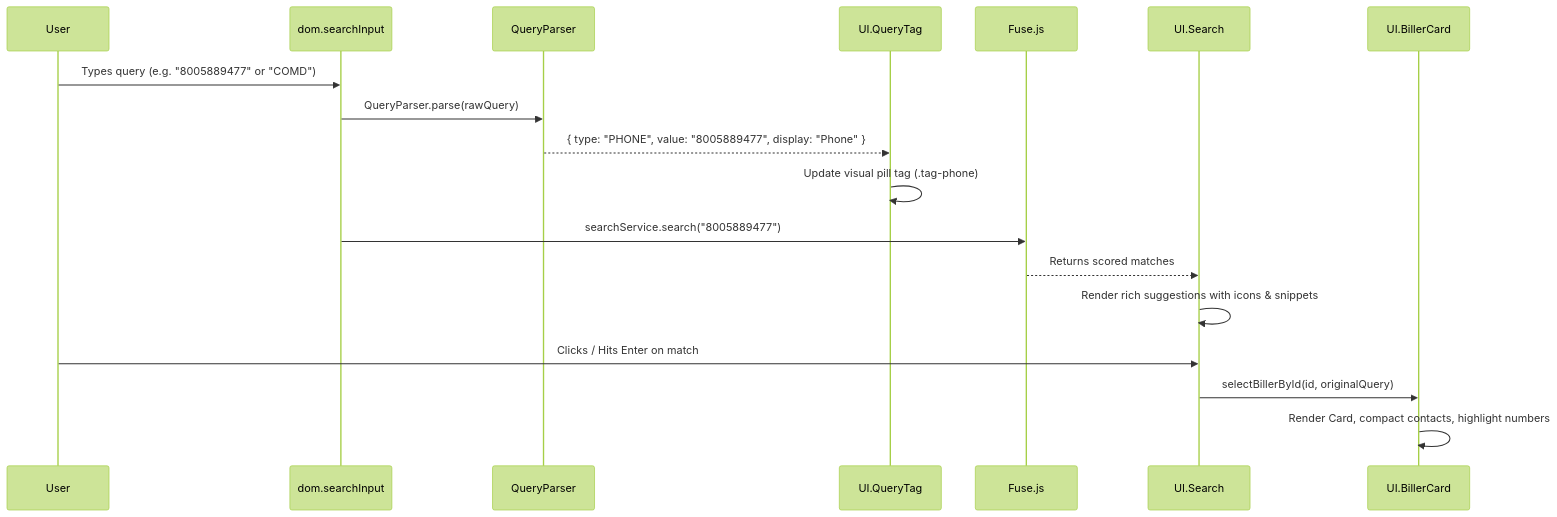
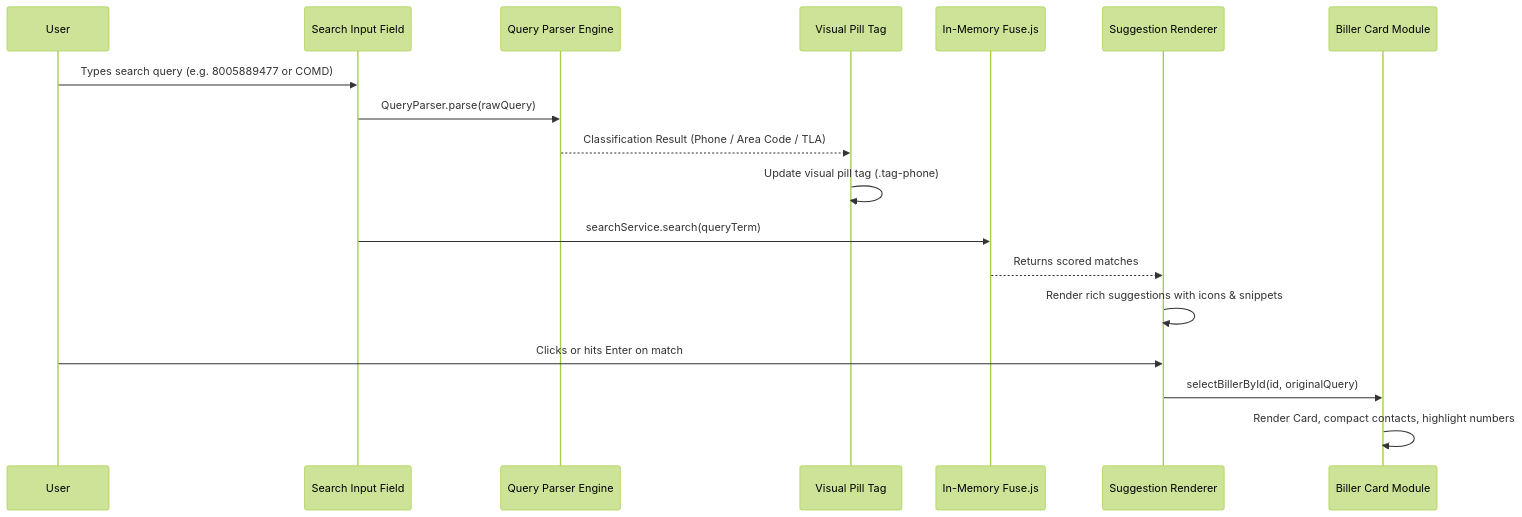
One commit to Harshil8136/chess-game1 changed the second of 2 diagrams in synced-docs/cf-admin/documentation/archive/DO NOT SCAN!/CODEBASE_REVIEW.md. Above: the diagram before and after it, drawn with Mermaid (forest theme). The commit also changed other lines of this file and 4 other files, not shown here.

````diff
--- a/synced-docs/cf-admin/documentation/archive/DO NOT SCAN!/CODEBASE_REVIEW.md
+++ b/synced-docs/cf-admin/documentation/archive/DO NOT SCAN!/CODEBASE_REVIEW.md
@@ -145,21 +145,21 @@
 ```mermaid
 sequenceDiagram
     participant User
-    participant SearchInput as dom.searchInput
-    participant QueryParser
-    participant QueryTag as UI.QueryTag
-    participant Fuse as Fuse.js
-    participant UI_Search as UI.Search
-    participant BillerCard as UI.BillerCard
+    participant SearchInput as Search Input Field
+    participant QueryParser as Query Parser Engine
+    participant QueryTag as Visual Pill Tag
+    participant Fuse as In-Memory Fuse.js
+    participant UI_Search as Suggestion Renderer
+    participant BillerCard as Biller Card Module
 
-    User->>SearchInput: Types query (e.g. "8005889477" or "COMD")
+    User->>SearchInput: Types search query (e.g. 8005889477 or COMD)
     SearchInput->>QueryParser: QueryParser.parse(rawQuery)
-    QueryParser-->>QueryTag: { type: "PHONE", value: "8005889477", display: "Phone" }
+    QueryParser-->>QueryTag: Classification Result (Phone / Area Code / TLA)
     QueryTag->>QueryTag: Update visual pill tag (.tag-phone)
-    SearchInput->>Fuse: searchService.search("8005889477")
+    SearchInput->>Fuse: searchService.search(queryTerm)
     Fuse-->>UI_Search: Returns scored matches
     UI_Search->>UI_Search: Render rich suggestions with icons & snippets
-    User->>UI_Search: Clicks / Hits Enter on match
+    User->>UI_Search: Clicks or hits Enter on match
     UI_Search->>BillerCard: selectBillerById(id, originalQuery)
     BillerCard->>BillerCard: Render Card, compact contacts, highlight numbers
 ```
````
